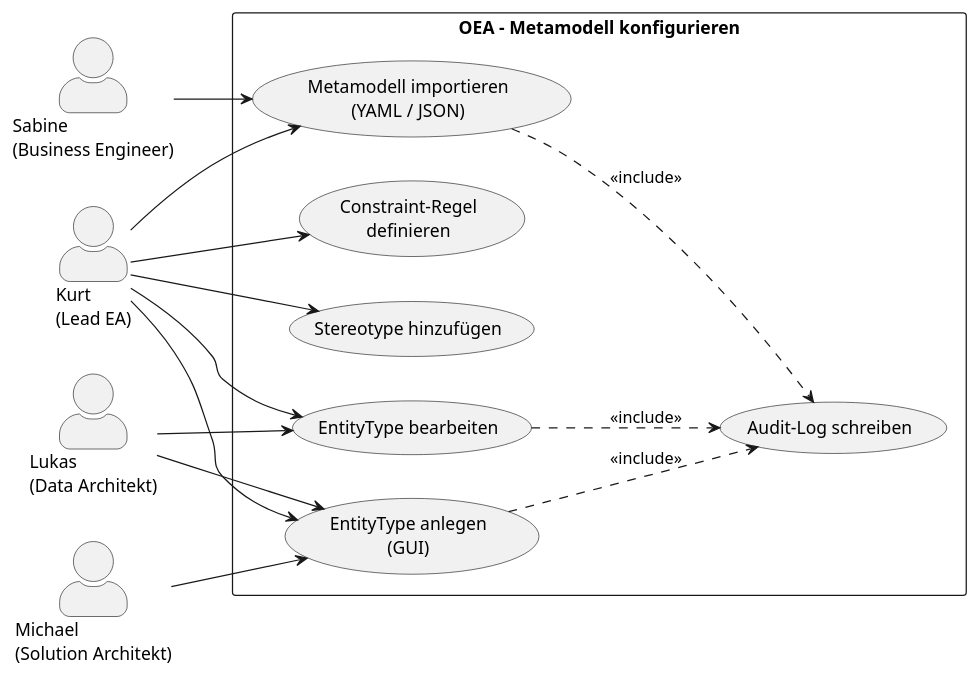
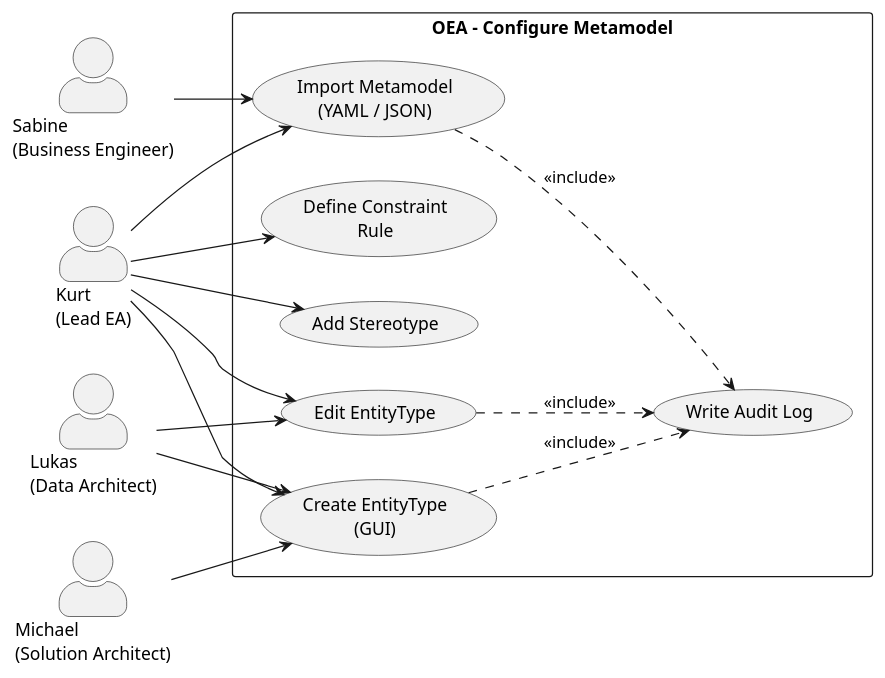
One commit to open-enterprise-architecture/OEA changed the diagram in requirements/use-cases/UC-04-configure-metamodel.md. Above: the diagram before and after it, drawn with PlantUML. The commit also changed other lines of this file and 630 other files, not shown here.

````diff
--- a/requirements/use-cases/UC-04-configure-metamodel.md
+++ b/requirements/use-cases/UC-04-configure-metamodel.md
@@ -33,34 +33,34 @@
 ```plantuml
-@startuml UC-04-Metamodell
+@startuml UC-04-Metamodel
 left to right direction
 skinparam actorStyle awesome
 
 actor "Kurt\n(Lead EA)" as Kurt
-actor "Lukas\n(Data Architekt)" as Lukas
-actor "Michael\n(Solution Architekt)" as Michael
+actor "Lukas\n(Data Architect)" as Lukas
+actor "Michael\n(Solution Architect)" as Michael
 actor "Sabine\n(Business Engineer)" as Sabine
 
-rectangle "OEA – Metamodell konfigurieren" {
-  usecase "EntityType anlegen\n(GUI)" as UC_ET
-  usecase "EntityType bearbeiten" as UC_Edit
-  usecase "Stereotype hinzufügen" as UC_Stereo
-  usecase "Constraint-Regel\ndefinieren" as UC_Rule
-  usecase "Metamodell importieren\n(YAML / JSON)" as UC_Import
-  usecase "Audit-Log schreiben" as UC_Audit
+rectangle "OEA – Configure Metamodel" {
+  usecase "Create EntityType\n(GUI)" as UC_ET
+  usecase "Edit EntityType" as UC_Edit
+  usecase "Add Stereotype" as UC_Stereo
+  usecase "Define Constraint\nRule" as UC_Rule
+  usecase "Import Metamodel\n(YAML / JSON)" as UC_Import
+  usecase "Write Audit Log" as UC_Audit
 }
 
 Kurt --> UC_ET
 Kurt --> UC_Edit
 Kurt --> UC_Stereo
 Kurt --> UC_Rule
 Kurt --> UC_Import
 Lukas --> UC_ET
 Lukas --> UC_Edit
 Michael --> UC_ET
 Sabine --> UC_Import
 
 UC_ET ..> UC_Audit : <<include>>
 UC_Edit ..> UC_Audit : <<include>>
 UC_Import ..> UC_Audit : <<include>>
 @enduml
 ```
````
